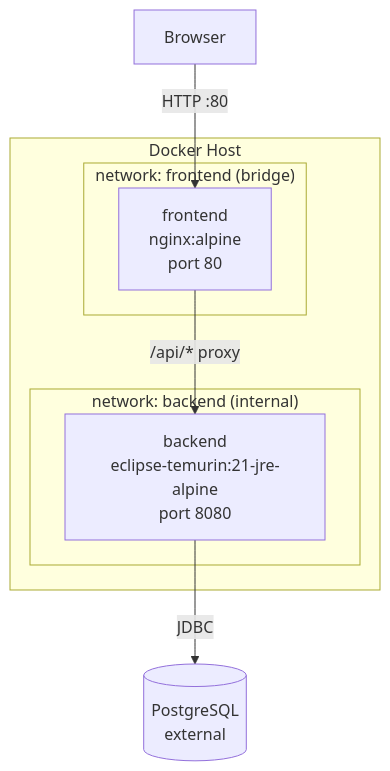
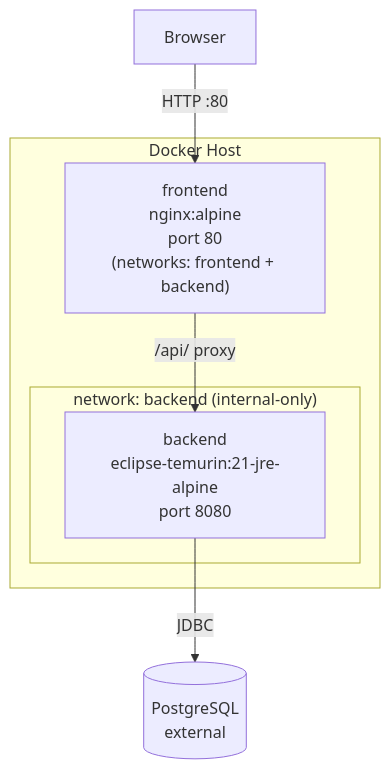
The second of 6 diagrams in docs/ARCHITECTURE.md (VoidfulDawn/Encounters_of_the_Void), drawn with Mermaid before and after one commit. The commit also changed 3 other files, not shown here.

First line of the commit message:
docs: correct network topology and nginx proxy path in architecture diagrams

````diff
--- a/docs/ARCHITECTURE.md
+++ b/docs/ARCHITECTURE.md
@@ -44,14 +44,12 @@
 ```mermaid
 graph TD
   subgraph DockerHost["Docker Host"]
-    subgraph network_frontend["network: frontend (bridge)"]
-      FE["frontend\nnginx:alpine\nport 80"]
-    end
-    subgraph network_backend["network: backend (internal)"]
+    FE["frontend\nnginx:alpine\nport 80\n(networks: frontend + backend)"]
+    subgraph network_backend["network: backend (internal-only)"]
       BE["backend\neclipse-temurin:21-jre-alpine\nport 8080"]
     end
-    FE -->|"/api/* proxy"| BE
+    FE -->|"/api/ proxy"| BE
   end
   Browser -->|"HTTP :80"| FE
   BE -->|"JDBC"| PG[("PostgreSQL\nexternal")]
 ```
````
